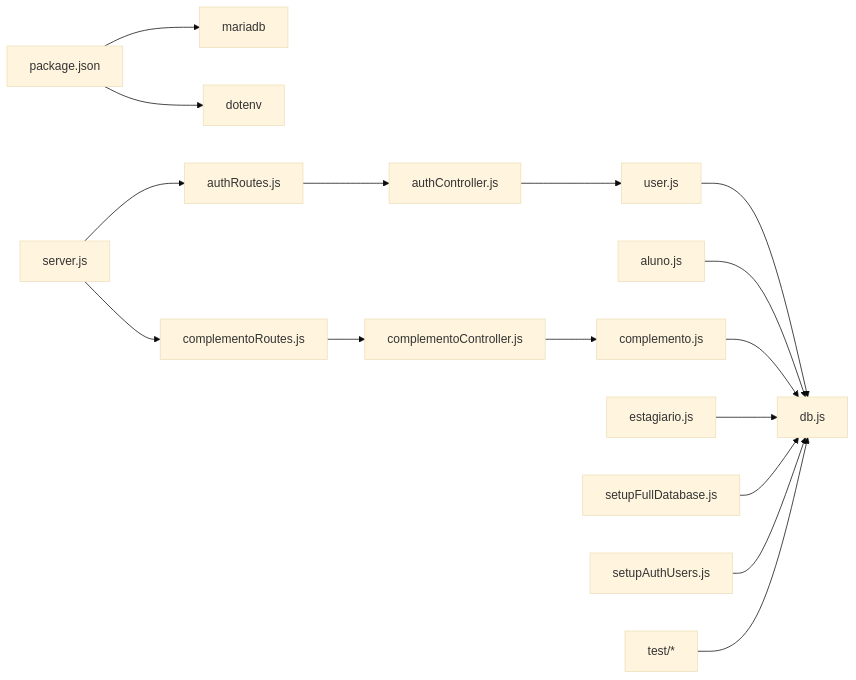
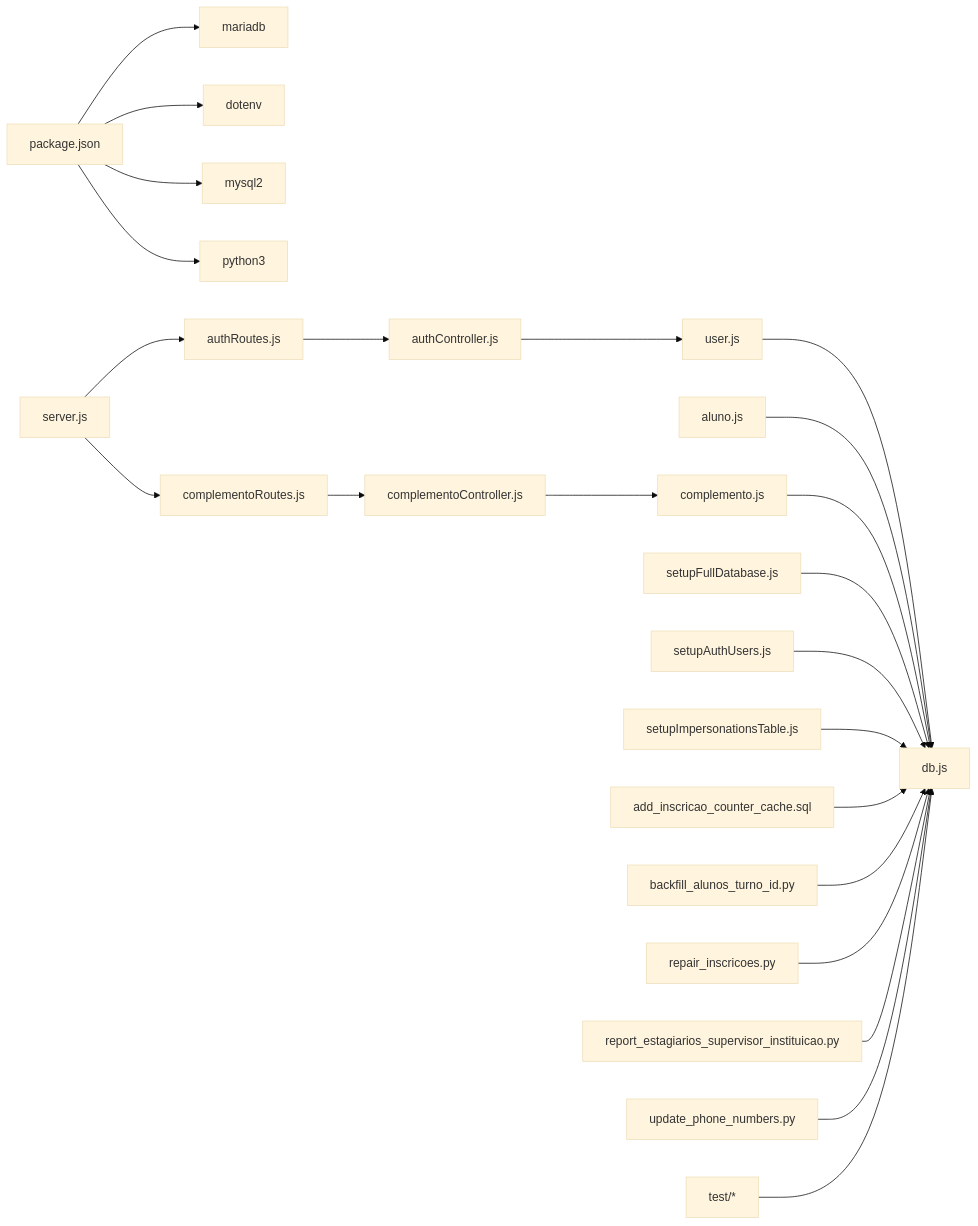
One commit to luiseduacosta/nodemural changed the seventh of 7 diagrams in .qoder/repowiki/en/content/Data Models & Database Design/Database Architecture & Connection Management/Database Architecture & Connection Management.md. Above: the diagram before and after it, drawn with Mermaid (base theme). The commit also changed other lines of this file and 16 other files, not shown here.

````diff
--- a/.qoder/repowiki/en/content/Data Models & Database Design/Database Architecture & Connection Management/Database Architecture & Connection Management.md
+++ b/.qoder/repowiki/en/content/Data Models & Database Design/Database Architecture & Connection Management/Database Architecture & Connection Management.md
@@ -479,18 +565,25 @@
 ```mermaid
 graph LR
 PJSON["package.json"] --> MARIADB["mariadb"]
 PJSON --> DOTENV["dotenv"]
+PJSON --> MYSQL2["mysql2"]
+PJSON --> PYTHON["python3"]
 SERVER["server.js"] --> ROUTES["authRoutes.js"]
 SERVER --> COMP_ROUTES["complementoRoutes.js"]
 ROUTES --> CTRL["authController.js"]
 COMP_ROUTES --> COMP_CTRL["complementoController.js"]
 CTRL --> MODEL_USER["user.js"]
 COMP_CTRL --> MODEL_COMP["complemento.js"]
 MODEL_USER --> POOL["db.js"]
 MODEL_ALUNO["aluno.js"] --> POOL
 MODEL_COMP --> POOL
-MODEL_EST["estagiario.js"] --> POOL
 FULL_SETUP["setupFullDatabase.js"] --> POOL
 AUTH_SETUP["setupAuthUsers.js"] --> POOL
+IMP_SETUP["setupImpersonationsTable.js"] --> POOL
+COUNTER_CACHE["add_inscricao_counter_cache.sql"] --> POOL
+BACKFILL["backfill_alunos_turno_id.py"] --> POOL
+REPAIR["repair_inscricoes.py"] --> POOL
+REPORT["report_estagiarios_supervisor_instituicao.py"] --> POOL
+PHONE["update_phone_numbers.py"] --> POOL
 TESTS["test/*"] --> POOL
 ```
````
